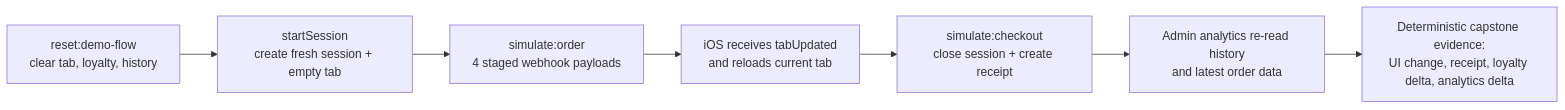
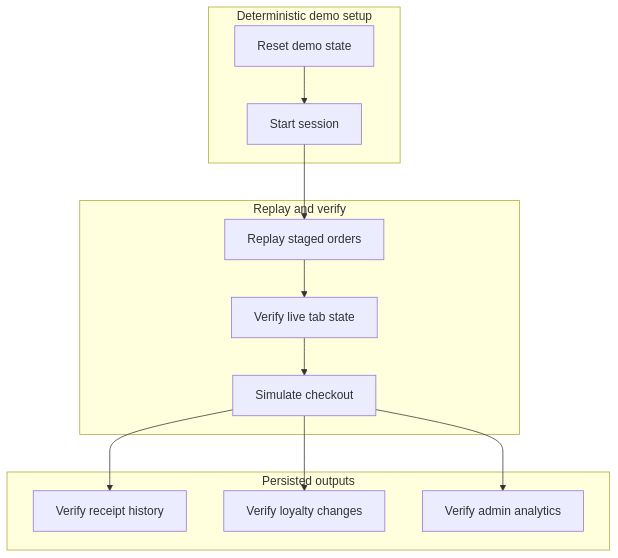
The diagram in assets/capstone-experience/testing-revision/testing-revised-demo-loop.mmd (ebilguun03/ozora-capstone-portfolio), drawn with Mermaid before and after one commit. The commit also changed 9 other files, not shown here.

Commit message:
Upgrade capstone experience diagrams

```diff
--- a/assets/capstone-experience/testing-revision/testing-revised-demo-loop.mmd
+++ b/assets/capstone-experience/testing-revision/testing-revised-demo-loop.mmd
@@ -1,10 +1,25 @@
-flowchart LR
-    reset["reset:demo-flow\nclear tab, loyalty, history"]
-    session["startSession\ncreate fresh session + empty tab"]
-    orders["simulate:order\n4 staged webhook payloads"]
-    realtime["iOS receives tabUpdated\nand reloads current tab"]
-    checkout["simulate:checkout\nclose session + create receipt"]
-    analytics["Admin analytics re-read history\nand latest order data"]
-    evidence["Deterministic capstone evidence:\nUI change, receipt, loyalty delta, analytics delta"]
+flowchart TD
+    subgraph prep["Deterministic demo setup"]
+        reset["Reset demo state"]
+        start["Start session"]
+    end
 
-    reset --> session --> orders --> realtime --> checkout --> analytics --> evidence
+    subgraph replay["Replay and verify"]
+        orders["Replay staged orders"]
+        live["Verify live tab state"]
+        close["Simulate checkout"]
+    end
+
+    subgraph evidence["Persisted outputs"]
+        receipt["Verify receipt history"]
+        loyalty["Verify loyalty changes"]
+        admin["Verify admin analytics"]
+    end
+
+    reset --> start
+    start --> orders
+    orders --> live
+    live --> close
+    close --> receipt
+    close --> loyalty
+    close --> admin
```
